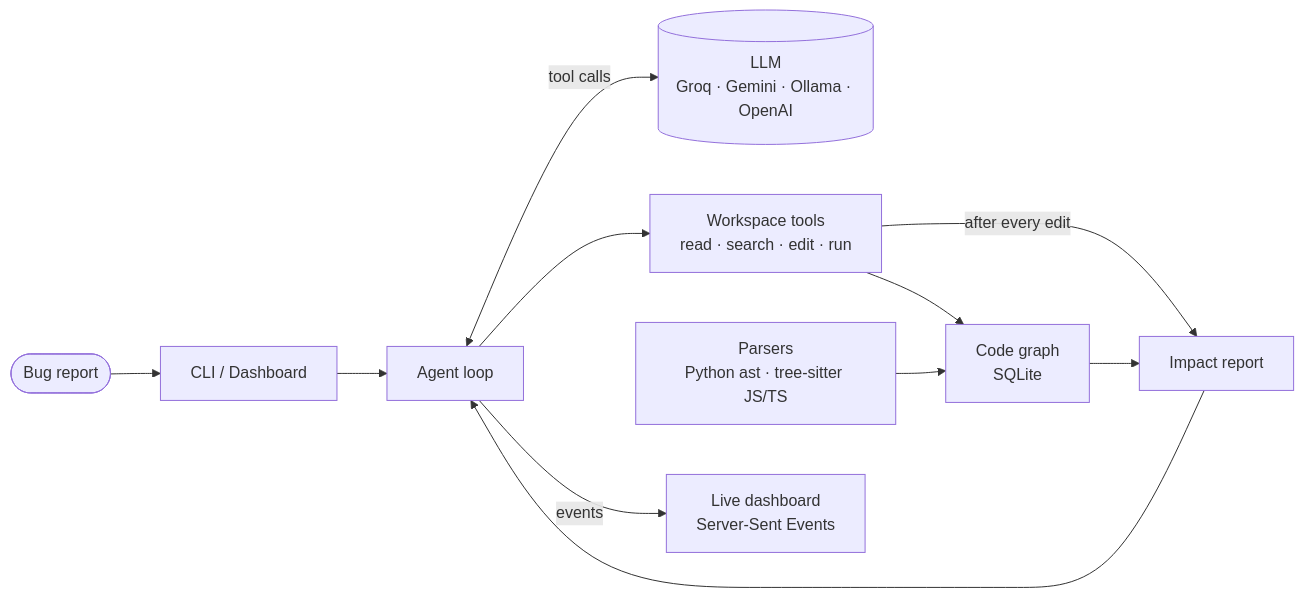
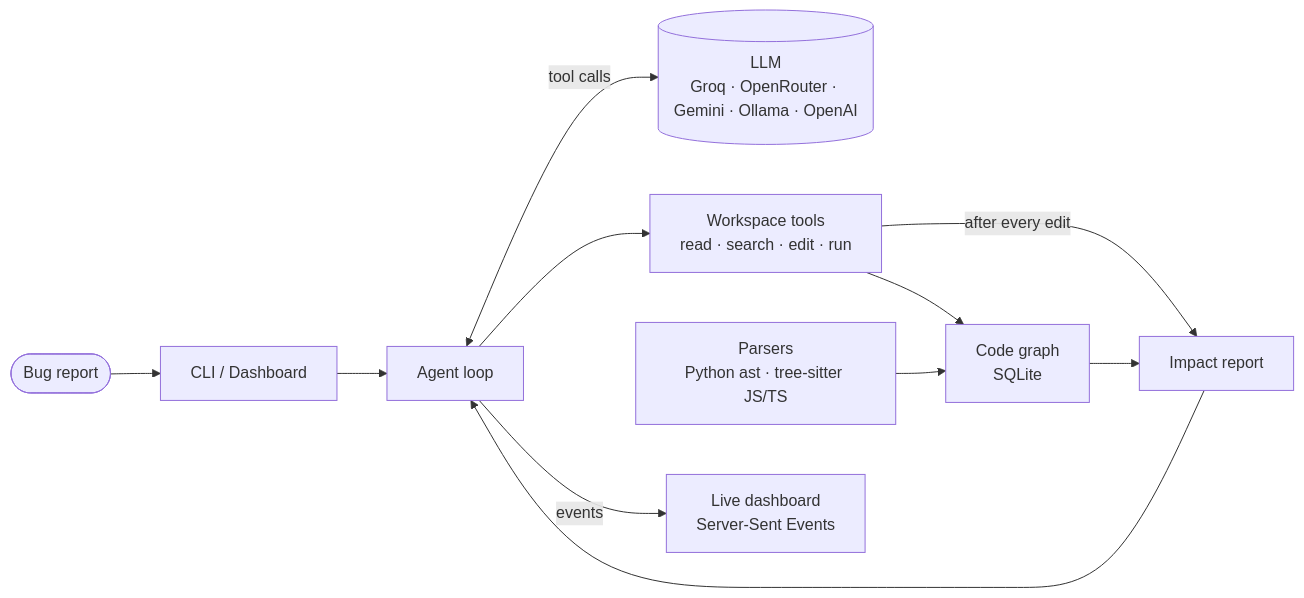
One commit to Nitin23123/GhostPatch changed the diagram in README.md. Above: the diagram before and after it, drawn with Mermaid. The commit also changed other lines of this file and 16 other files, not shown here.

````diff
--- a/README.md
+++ b/README.md
@@ -146,13 +147,13 @@
 ```mermaid
 flowchart LR
     U([Bug report]) --> CLI[CLI / Dashboard]
     CLI --> A[Agent loop]
-    A <-->|tool calls| LLM[(LLM<br/>Groq · Gemini · Ollama · OpenAI)]
+    A <-->|tool calls| LLM[(LLM<br/>Groq · OpenRouter · Gemini · Ollama · OpenAI)]
     A --> T[Workspace tools<br/>read · search · edit · run]
     T --> G[Code graph<br/>SQLite]
     P[Parsers<br/>Python ast · tree-sitter JS/TS] --> G
     T -->|after every edit| I[Impact report]
     G --> I
     I --> A
     A -->|events| D[Live dashboard<br/>Server-Sent Events]
 ```
````
